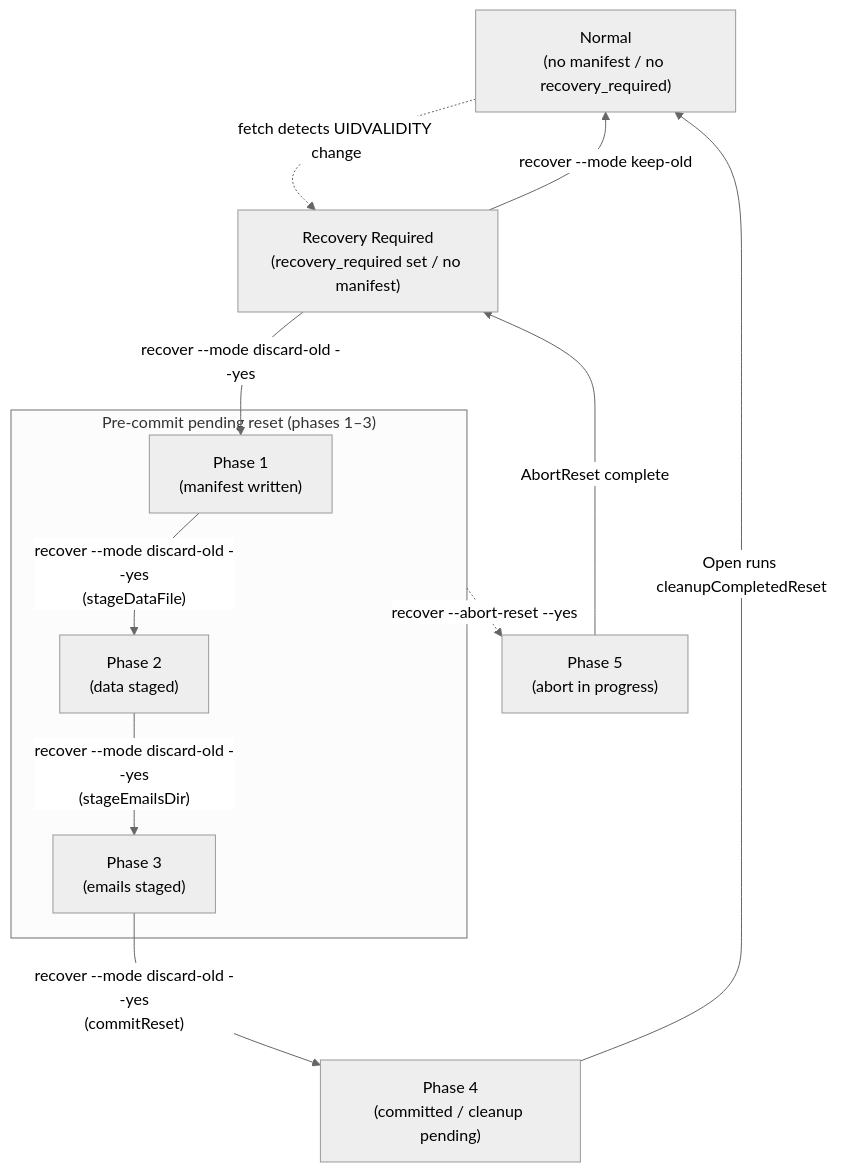
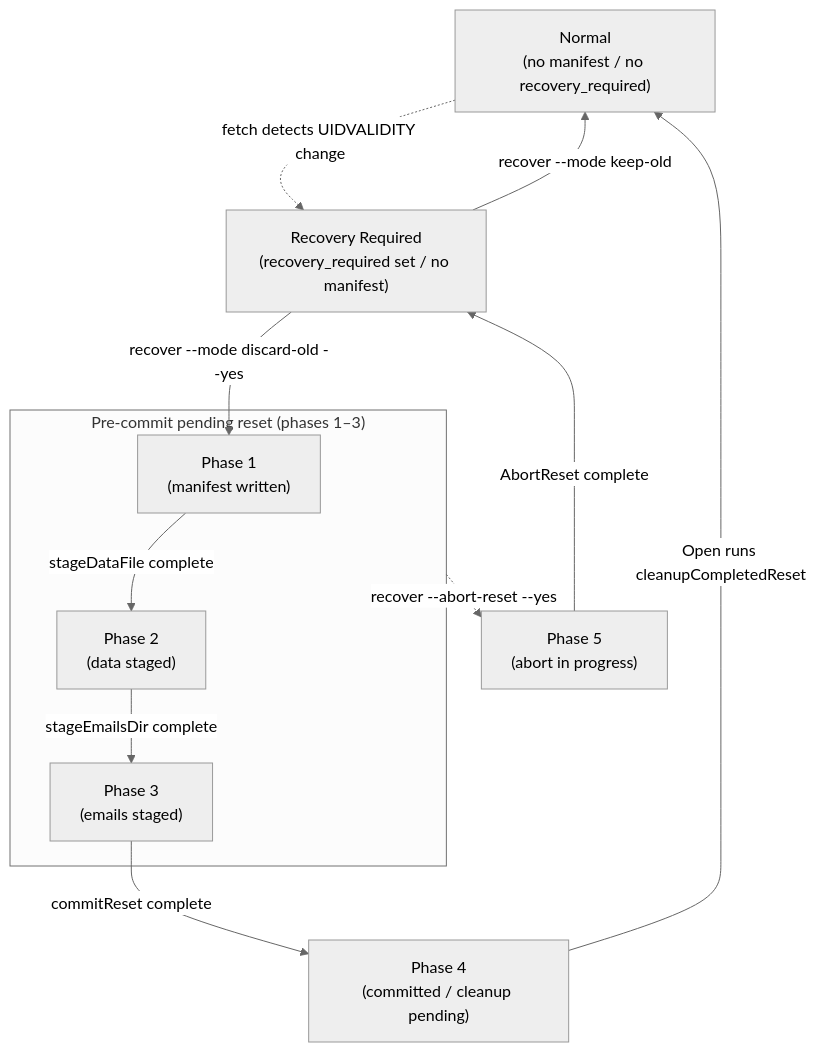
Before and after one commit to isseis/tlsrpt-digest: the diagram in docs/dev/adr/0003_reset_phase_design.md, drawn with Mermaid (neutral theme). The commit also changed other lines of this file and 1 other file, not shown here.

Commit message:
docs(adr-0003): restore internal step labels for phase transitions
P1→P2→P3→P4 advance automatically within a single command run.
Revert the transition labels to internal step names (stageDataFile etc.)
and explain crash-resume behavior in a prose note instead.

````diff
--- a/docs/dev/adr/0003_reset_phase_design.md
+++ b/docs/dev/adr/0003_reset_phase_design.md
@@ -62,23 +62,23 @@
 ```mermaid
 flowchart TD
     Normal["Normal<br>(no manifest / no recovery_required)"]
     RR["Recovery Required<br>(recovery_required set / no manifest)"]
     P4["Phase 4<br>(committed / cleanup pending)"]
     P5["Phase 5<br>(abort in progress)"]
 
     subgraph PendingReset["Pre-commit pending reset (phases 1–3)"]
         P1["Phase 1<br>(manifest written)"]
         P2["Phase 2<br>(data staged)"]
         P3["Phase 3<br>(emails staged)"]
     end
 
     Normal -.->|"fetch detects UIDVALIDITY change"| RR
     RR -->|"recover --mode keep-old"| Normal
     RR -->|"recover --mode discard-old --yes"| P1
-    P1 -->|"recover --mode discard-old --yes<br>(stageDataFile)"| P2
-    P2 -->|"recover --mode discard-old --yes<br>(stageEmailsDir)"| P3
-    P3 -->|"recover --mode discard-old --yes<br>(commitReset)"| P4
+    P1 -->|"stageDataFile complete"| P2
+    P2 -->|"stageEmailsDir complete"| P3
+    P3 -->|"commitReset complete"| P4
     P4 -->|"Open runs cleanupCompletedReset"| Normal
     PendingReset -.->|"recover --abort-reset --yes"| P5
     P5 -->|"AbortReset complete"| RR
 ```
````
